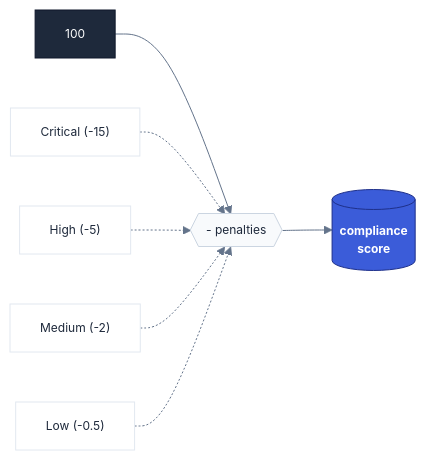
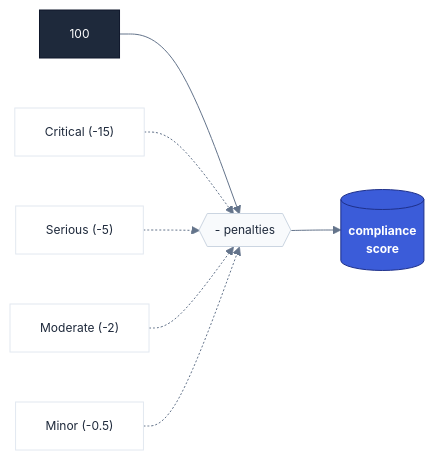
Before and after one commit to diegovelasquezweb/a11y-skill: the diagram in docs/scoring-system.md, drawn with Mermaid. The commit also changed other lines of this file and 13 other files, not shown here.

Commit message:
docs: update severity terminology from High/Medium/Low to Serious/Moderate/Minor across documentation and codebase

````diff
--- a/docs/scoring-system.md
+++ b/docs/scoring-system.md
@@ -16,25 +16,25 @@
 ```mermaid
 %%{init: { 'theme': 'base', 'themeVariables': { 'primaryColor': '#3b5cd9', 'primaryTextColor': '#1e293b', 'primaryBorderColor': '#1e308a', 'lineColor': '#64748b', 'secondaryColor': '#f1f5f9', 'tertiaryColor': '#fff', 'mainBkg': '#fff', 'nodeBorder': '#e2e8f0' } } }%%
 flowchart LR
     Score[(" compliance <br/> score ")]
     Base[100]
     Penalty{{" - penalties "}}
 
     C["Critical (-15)"]
-    H["High (-5)"]
-    M["Medium (-2)"]
-    L["Low (-0.5)"]
+    H["Serious (-5)"]
+    M["Moderate (-2)"]
+    L["Minor (-0.5)"]
 
     Base --> Penalty
     C & H & M & L -.-> Penalty
     Penalty --> Score
 
     classDef default font-family:Inter,sans-serif,font-size:12px;
     classDef base fill:#1e293b,color:#fff,stroke:#0f172a;
     classDef penalty fill:#f8fafc,stroke:#cbd5e1;
     classDef score fill:#3b5cd9,color:#fff,stroke:#1e308a,font-weight:bold;
 
     class Base base;
     class Penalty penalty;
     class Score score;
 ```
````
